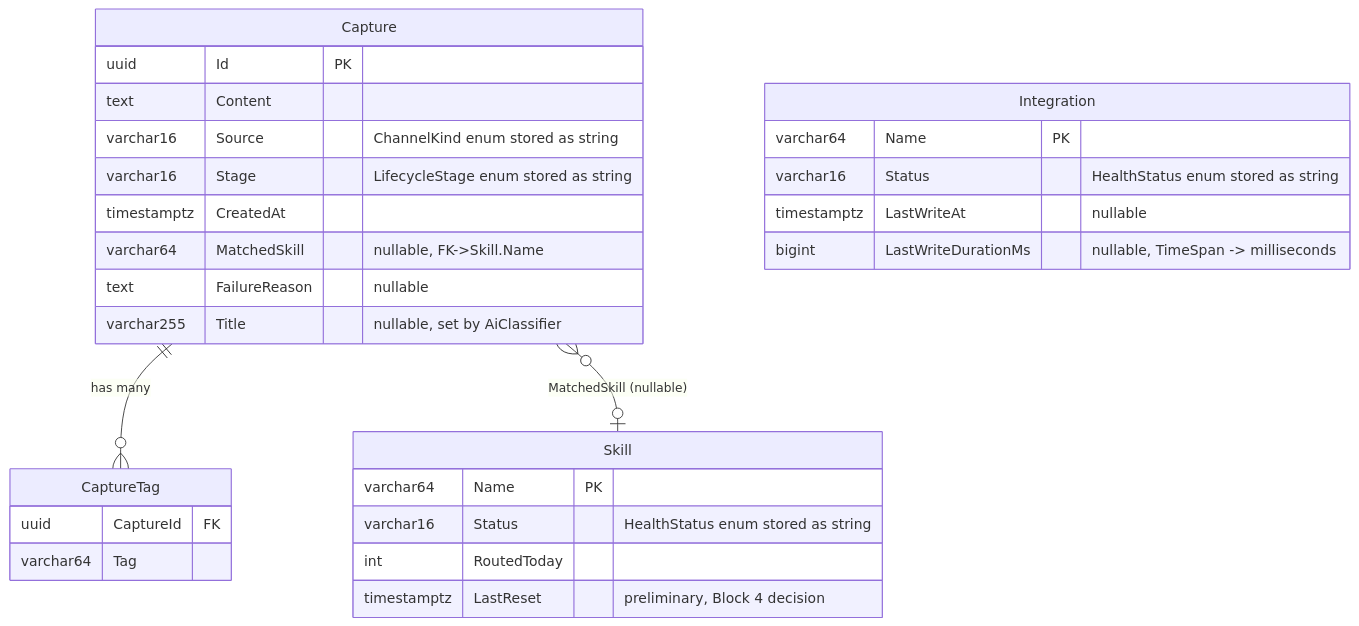
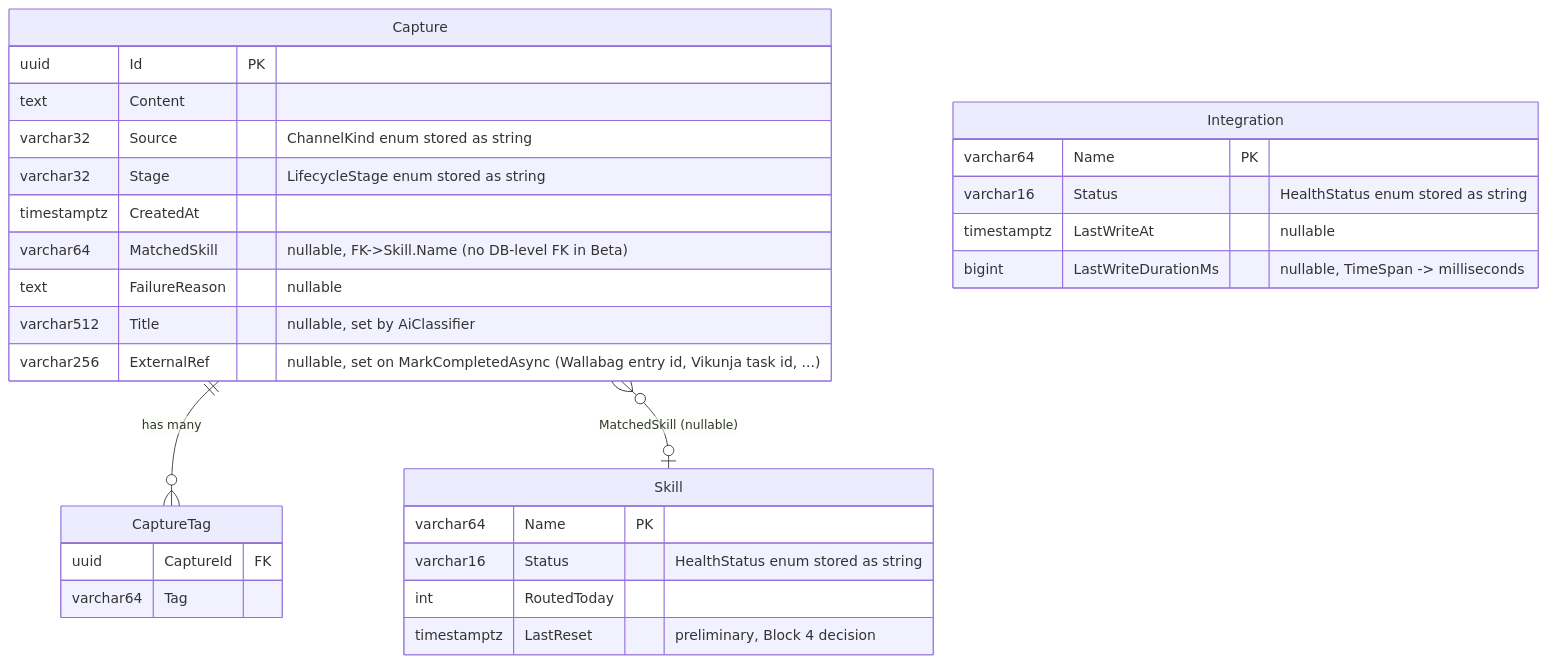
One commit to freaxnx01/FlowHub-CAS-AISE changed the diagram in docs/design/db/entities.md. Above: the diagram before and after it, drawn with Mermaid. The commit also changed other lines of this file, not shown here.

Commit message:
docs(design/db): align entities.md with shipped Capture entity (Beta MVP)

````diff
--- a/docs/design/db/entities.md
+++ b/docs/design/db/entities.md
@@ -14,31 +19,32 @@
 ```mermaid
 erDiagram
     Capture {
         uuid Id PK
         text Content
-        varchar16 Source "ChannelKind enum stored as string"
-        varchar16 Stage "LifecycleStage enum stored as string"
+        varchar32 Source "ChannelKind enum stored as string"
+        varchar32 Stage "LifecycleStage enum stored as string"
         timestamptz CreatedAt
-        varchar64 MatchedSkill "nullable, FK->Skill.Name"
+        varchar64 MatchedSkill "nullable, FK->Skill.Name (no DB-level FK in Beta)"
         text FailureReason "nullable"
-        varchar255 Title "nullable, set by AiClassifier"
+        varchar512 Title "nullable, set by AiClassifier"
+        varchar256 ExternalRef "nullable, set on MarkCompletedAsync (Wallabag entry id, Vikunja task id, ...)"
     }
     Skill {
         varchar64 Name PK
         varchar16 Status "HealthStatus enum stored as string"
         int RoutedToday
         timestamptz LastReset "preliminary, Block 4 decision"
     }
     Integration {
         varchar64 Name PK
         varchar16 Status "HealthStatus enum stored as string"
         timestamptz LastWriteAt "nullable"
         bigint LastWriteDurationMs "nullable, TimeSpan -> milliseconds"
     }
     CaptureTag {
         uuid CaptureId FK
         varchar64 Tag
     }
     Capture ||--o{ CaptureTag : "has many"
     Capture }o--o| Skill : "MatchedSkill (nullable)"
 ```
````
